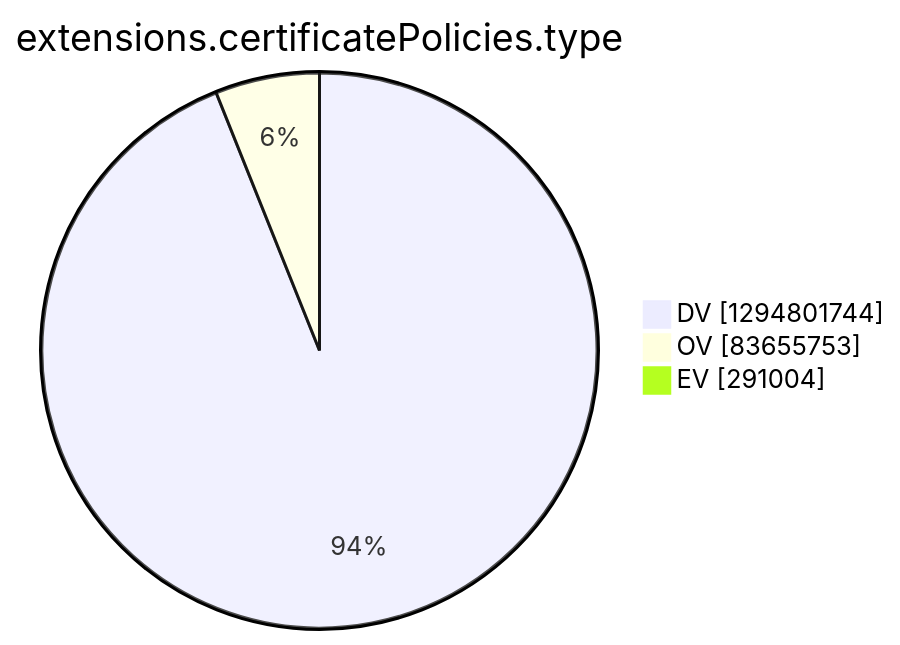
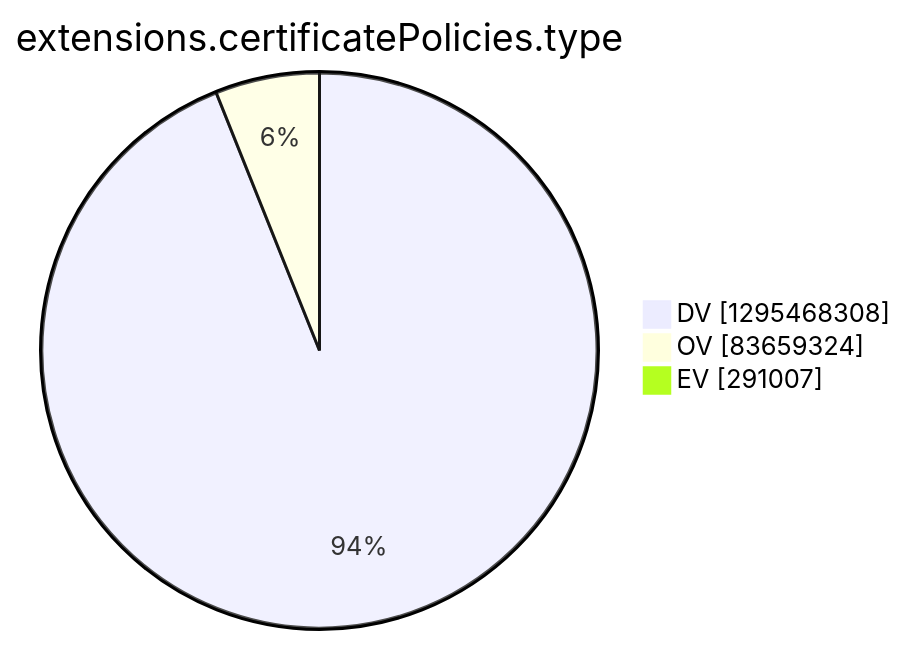
Before and after one commit to christiankrug/ctmonitor_visualization: the tenth of 15 diagrams in argon2022/README.md, drawn with Mermaid. The commit also changed other lines of this file, not shown here.

````diff
--- a/argon2022/README.md
+++ b/argon2022/README.md
@@ -2772,7 +2772,7 @@
 ```mermaid
 pie showData
 title extensions.certificatePolicies.type
-"DV" :1294801744
-"OV" :83655753
-"EV" :291004
+"DV" :1295468308
+"OV" :83659324
+"EV" :291007
 ```
````
